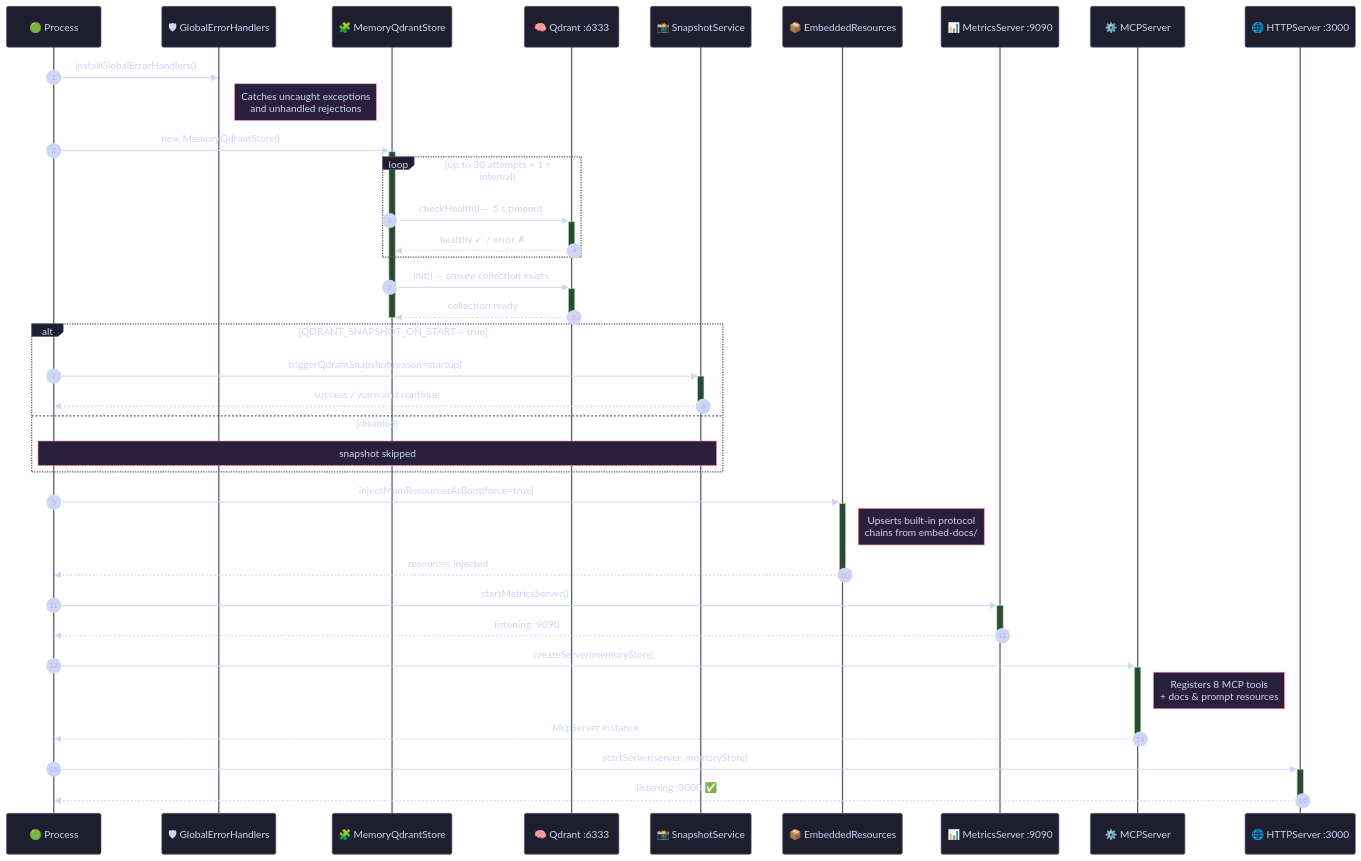
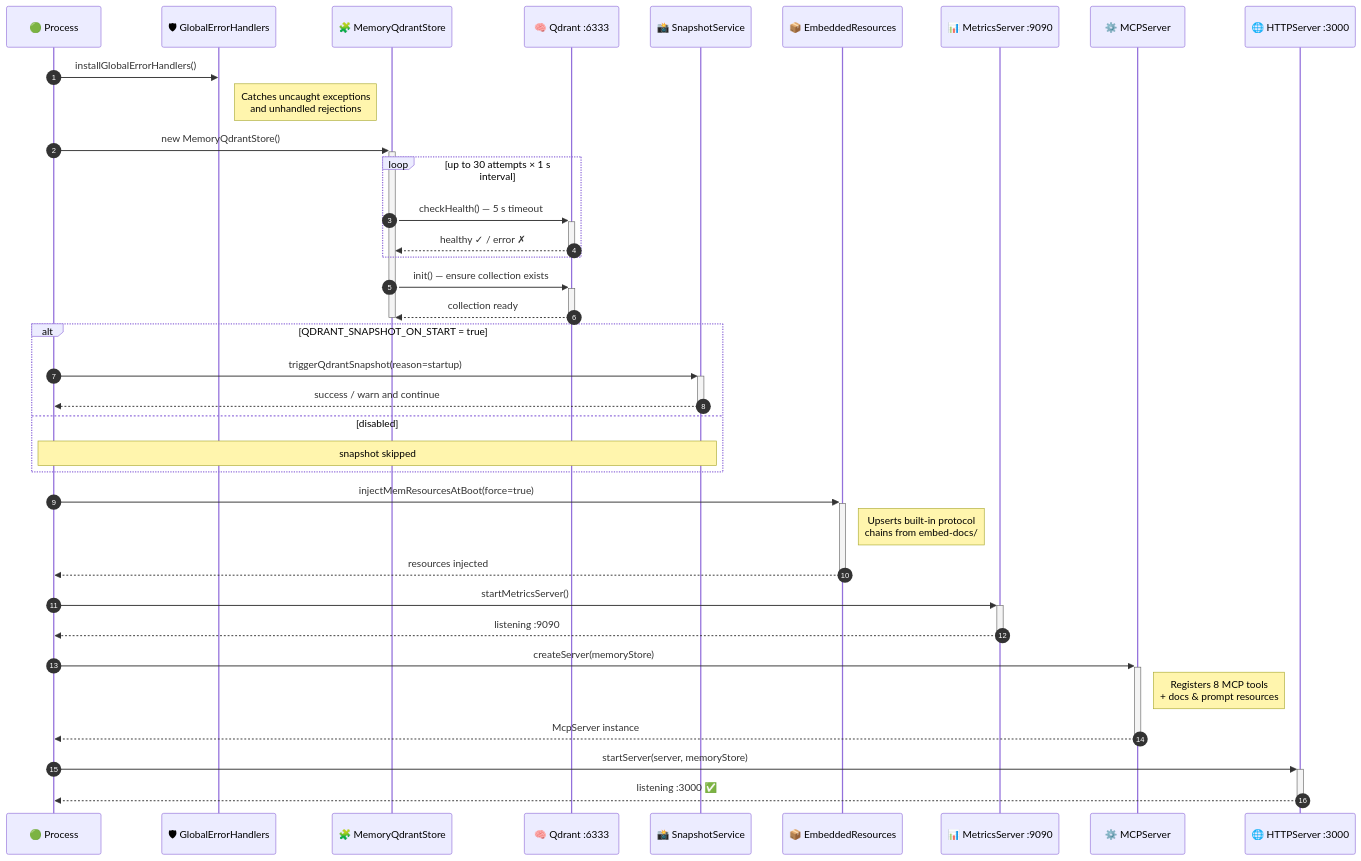
Before and after one commit to debian777/kairos-mcp: the second of 5 diagrams in docs/architecture/infrastructure.md, drawn with Mermaid. The commit also changed other lines of this file, not shown here.

First line of the commit message:
docs: switch Mermaid diagrams to light-friendly colors for GitHub

````diff
--- a/docs/architecture/infrastructure.md
+++ b/docs/architecture/infrastructure.md
@@ -128,49 +118,48 @@
 ```mermaid
-%%{init: {'theme': 'base', 'themeVariables': {'primaryColor': '#1e1e2e', 'primaryTextColor': '#cdd6f4', 'primaryBorderColor': '#585b70', 'lineColor': '#89b4fa', 'secondaryColor': '#313244', 'noteBorderColor': '#f38ba8', 'noteBkgColor': '#2a1f3d', 'noteTextColor': '#cdd6f4', 'activationBorderColor': '#a6e3a1', 'activationBkgColor': '#2d4739', 'sequenceNumberColor': '#cba6f7'}}}%%
 sequenceDiagram
     autonumber
     participant PROC  as 🟢 Process
     participant GEH   as 🛡 GlobalErrorHandlers
     participant MEM   as 🧩 MemoryQdrantStore
     participant QD    as 🧠 Qdrant :6333
     participant SNAP  as 📸 SnapshotService
     participant RES   as 📦 EmbeddedResources
     participant MT    as 📊 MetricsServer :9090
     participant SRV   as ⚙️ MCPServer
     participant HTTP  as 🌐 HTTPServer :3000
 
     PROC->>GEH: installGlobalErrorHandlers()
     Note right of GEH: Catches uncaught exceptions<br/>and unhandled rejections
 
     PROC->>+MEM: new MemoryQdrantStore()
 
     loop up to 30 attempts × 1 s interval
         MEM->>+QD: checkHealth() — 5 s timeout
         QD-->>-MEM: healthy ✓ / error ✗
     end
 
     MEM->>+QD: init() — ensure collection exists
     QD-->>-MEM: collection ready
     deactivate MEM
 
     alt QDRANT_SNAPSHOT_ON_START = true
         PROC->>+SNAP: triggerQdrantSnapshot(reason=startup)
         SNAP-->>-PROC: success / warn and continue
     else disabled
         Note over PROC,SNAP: snapshot skipped
     end
 
     PROC->>+RES: injectMemResourcesAtBoot(force=true)
     Note right of RES: Upserts built-in protocol<br/>chains from embed-docs/
     RES-->>-PROC: resources injected
 
     PROC->>+MT: startMetricsServer()
     MT-->>-PROC: listening :9090
 
     PROC->>+SRV: createServer(memoryStore)
     Note right of SRV: Registers 8 MCP tools<br/>+ docs & prompt resources
     SRV-->>-PROC: McpServer instance
 
     PROC->>+HTTP: startServer(server, memoryStore)
     HTTP-->>-PROC: listening :3000 ✅
 ```
````
